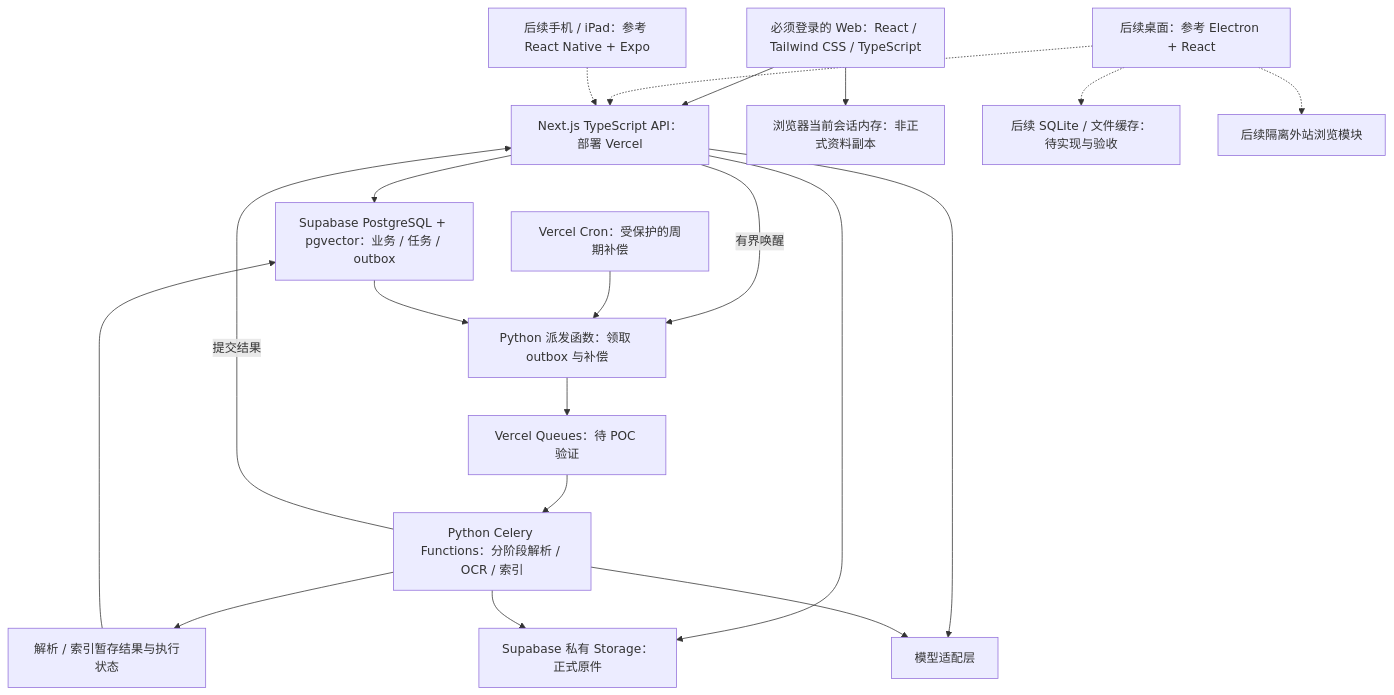
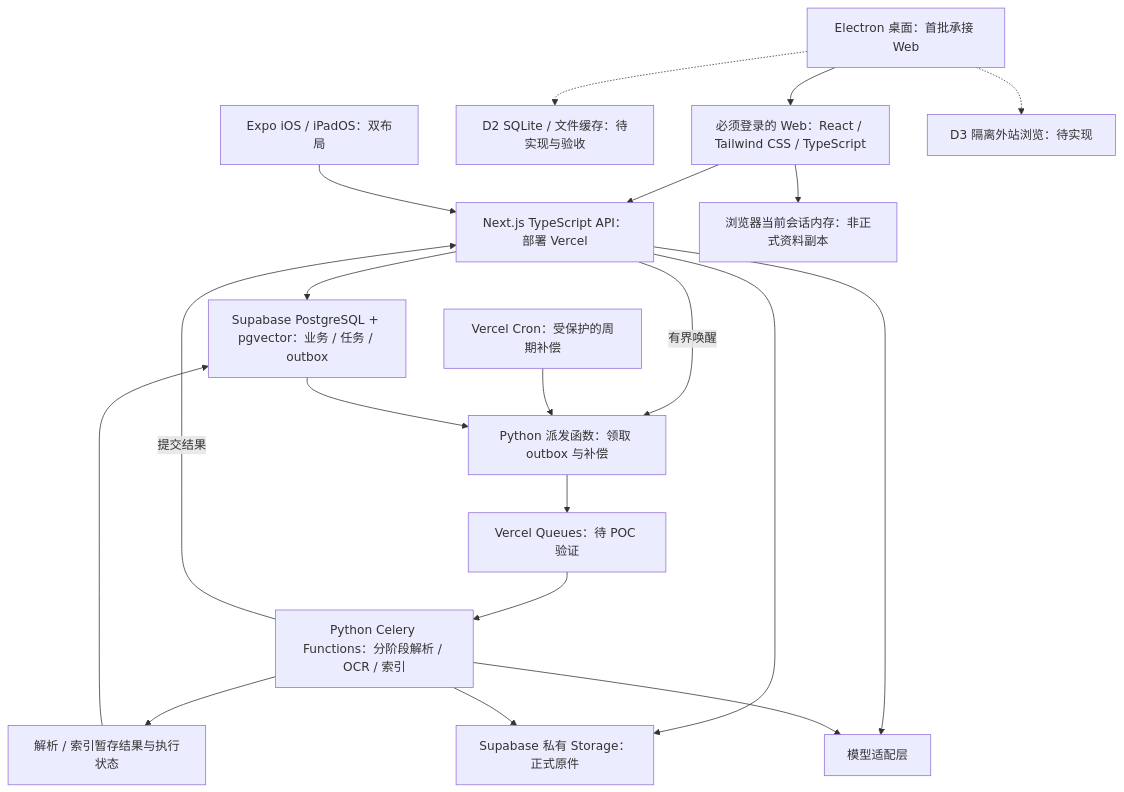
Before and after one commit to DingxinTao0417/conuo: the diagram in docs/TECH_STACK.md, drawn with Mermaid. The commit also changed other lines of this file and 102 other files, not shown here.

First line of the commit message:
feat(clients): add desktop and mobile foundations with refined learning UX

````diff
--- a/docs/TECH_STACK.md
+++ b/docs/TECH_STACK.md
@@ -100,22 +100,22 @@
 ```mermaid
 flowchart TD
     Web[必须登录的 Web：React / Tailwind CSS / TypeScript] --> API[Next.js TypeScript API：部署 Vercel]
     Web --> Session[浏览器当前会话内存：非正式资料副本]
-    Desktop[后续桌面：参考 Electron + React] -.-> API
-    Desktop -.-> DesktopLocal[后续 SQLite / 文件缓存：待实现与验收]
-    Mobile[后续手机 / iPad：参考 React Native + Expo] -.-> API
-    Desktop -.-> Browser[后续隔离外站浏览模块]
+    Desktop[Electron 桌面：首批承接 Web] --> Web
+    Desktop -.-> DesktopLocal[D2 SQLite / 文件缓存：待实现与验收]
+    Mobile[Expo iOS / iPadOS：双布局] --> API
+    Desktop -.-> Browser[D3 隔离外站浏览：待实现]
     API --> DB[Supabase PostgreSQL + pgvector：业务 / 任务 / outbox]
     API --> Storage[Supabase 私有 Storage：正式原件]
     API --> Model[模型适配层]
     API -->|有界唤醒| Dispatcher[Python 派发函数：领取 outbox 与补偿]
     Cron[Vercel Cron：受保护的周期补偿] --> Dispatcher
     DB --> Dispatcher
     Dispatcher --> Queue[Vercel Queues：待 POC 验证]
     Queue --> Worker[Python Celery Functions：分阶段解析 / OCR / 索引]
     Worker --> Stage[解析 / 索引暂存结果与执行状态]
     Stage --> DB
     Worker -->|提交结果| API
     Worker --> Storage
     Worker --> Model
 ```
````
